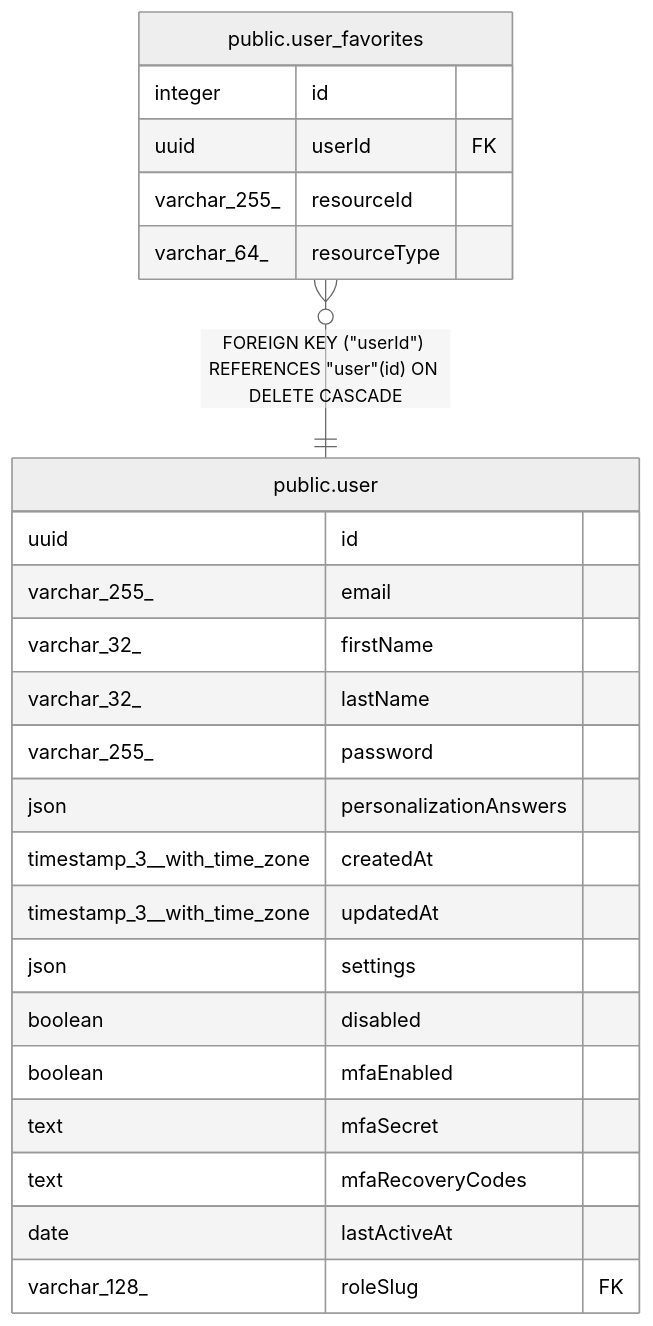
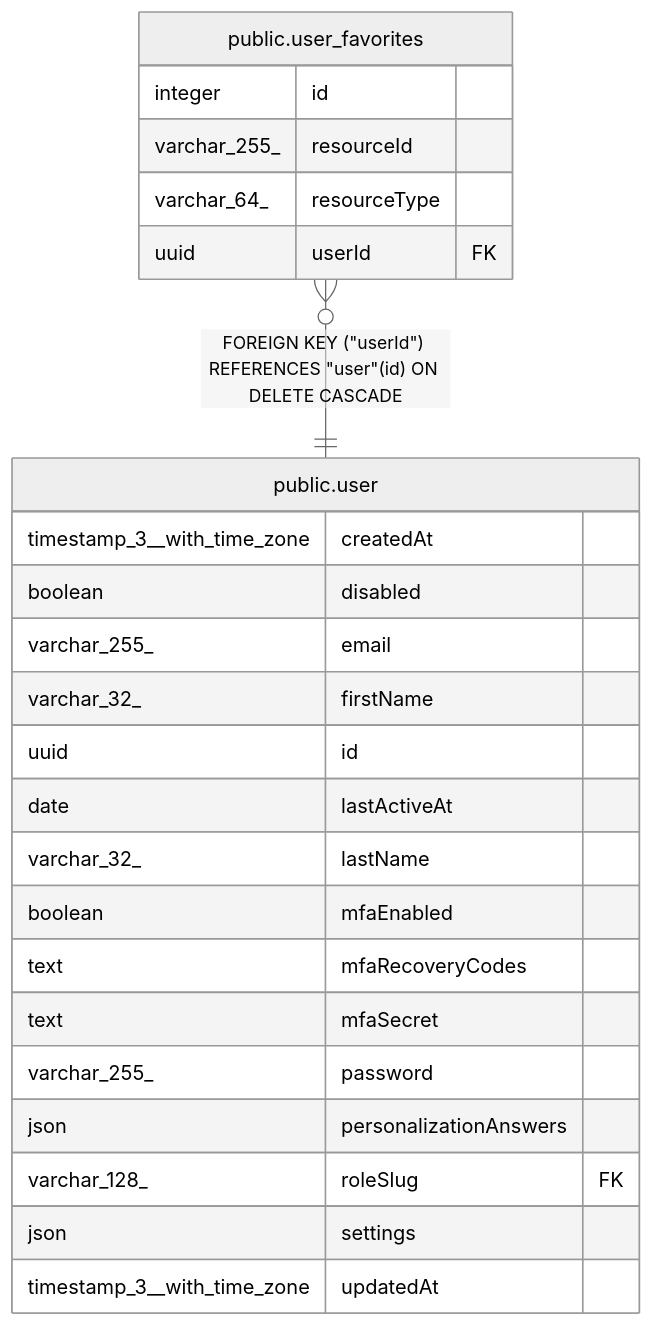
One commit to mayankjain1815-commits/n8n changed the diagram in docs/generated/postgres-schema/public.user_favorites.md. Above: the diagram before and after it, drawn with Mermaid (neutral theme). The commit also changed other lines of this file and 221 other files, not shown here.

Commit message:
chore(core): Make DB schema docs generation deterministic (#32373)

````diff
--- a/docs/generated/postgres-schema/public.user_favorites.md
+++ b/docs/generated/postgres-schema/public.user_favorites.md
@@ -35,29 +35,29 @@
 ```mermaid
 erDiagram
 
 "public.user_favorites" }o--|| "public.user" : "FOREIGN KEY (#quot;userId#quot;) REFERENCES #quot;user#quot;(id) ON DELETE CASCADE"
 
 "public.user_favorites" {
   integer id
-  uuid userId FK
   varchar_255_ resourceId
   varchar_64_ resourceType
+  uuid userId FK
 }
 "public.user" {
-  uuid id
+  timestamp_3__with_time_zone createdAt
+  boolean disabled
   varchar_255_ email
   varchar_32_ firstName
+  uuid id
+  date lastActiveAt
   varchar_32_ lastName
+  boolean mfaEnabled
+  text mfaRecoveryCodes
+  text mfaSecret
   varchar_255_ password
   json personalizationAnswers
-  timestamp_3__with_time_zone createdAt
+  varchar_128_ roleSlug FK
+  json settings
   timestamp_3__with_time_zone updatedAt
-  json settings
-  boolean disabled
-  boolean mfaEnabled
-  text mfaSecret
-  text mfaRecoveryCodes
-  date lastActiveAt
-  varchar_128_ roleSlug FK
 }
 ```
````
